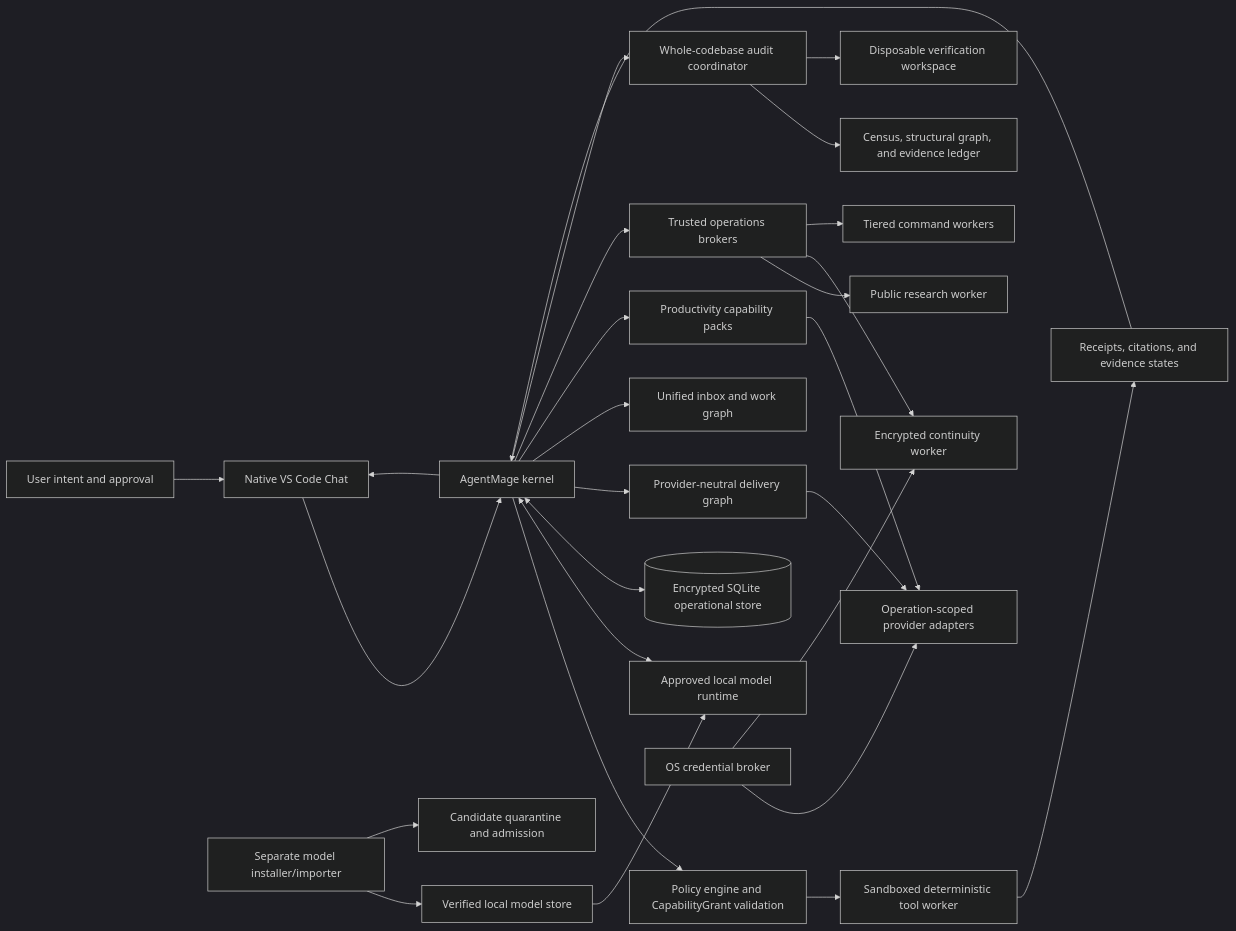
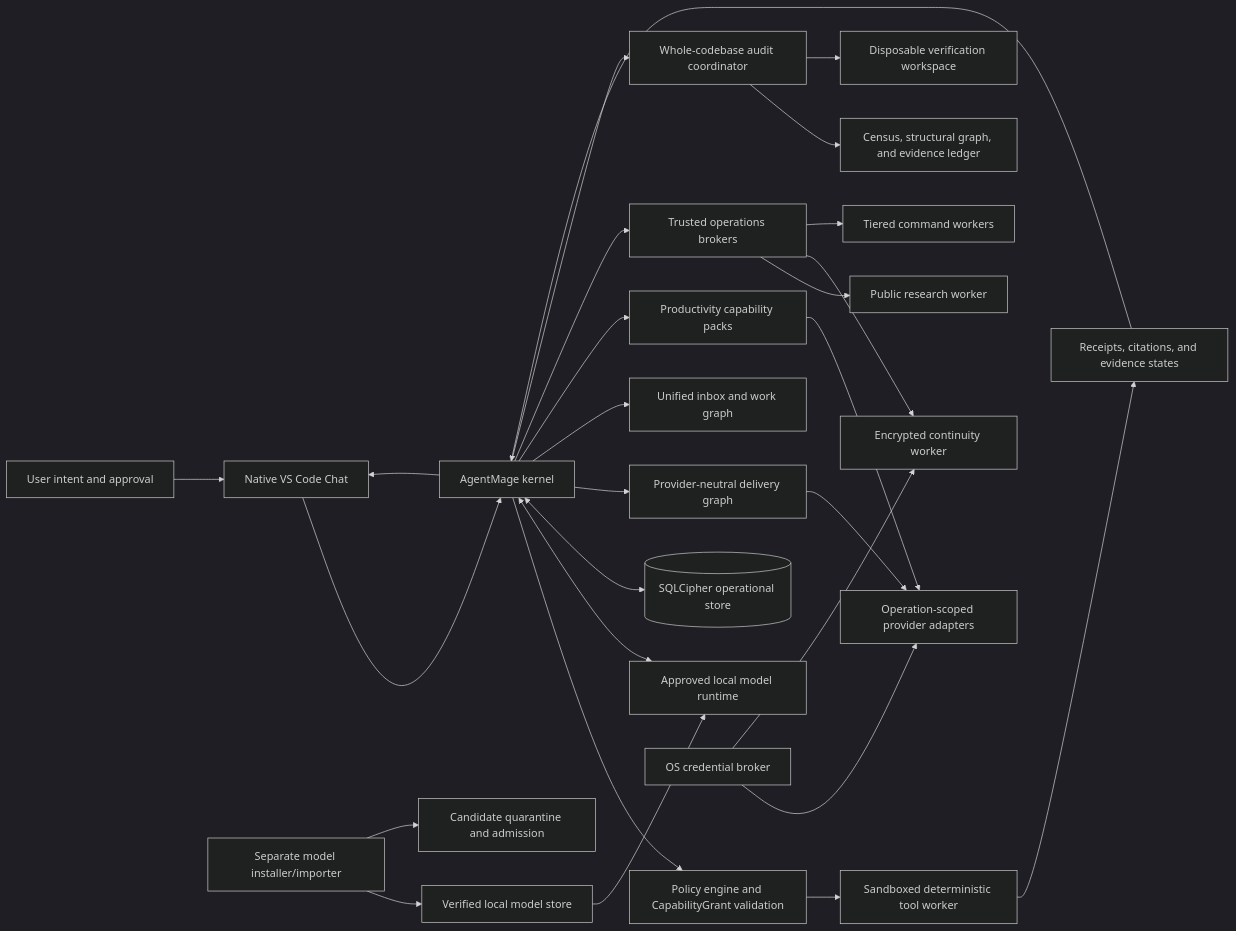
One commit to AaronNHorvitz/AgentMage changed the first of 3 diagrams in README.md. Above: the diagram before and after it, drawn with Mermaid (dark theme). The commit also changed other lines of this file and 34 other files, not shown here.

````diff
--- a/README.md
+++ b/README.md
@@ -111,29 +114,29 @@
 ```mermaid
 flowchart LR
     U["User intent and approval"] --> V["Native VS Code Chat"]
     V --> K["AgentMage kernel"]
     K --> P["Policy engine and CapabilityGrant validation"]
     K <--> M["Approved local model runtime"]
     P --> T["Sandboxed deterministic tool worker"]
     T --> E["Receipts, citations, and evidence states"]
     E --> K
-    K <--> S[("Encrypted SQLite operational store")]
+    K <--> S[("SQLCipher operational store")]
     K --> V
     I["Separate model installer/importer"] --> A["Verified local model store"]
     A --> M
     K --> D["Provider-neutral delivery graph"]
     D --> C["Operation-scoped provider adapters"]
     K --> W["Unified inbox and work graph"]
     K --> X["Productivity capability packs"]
     X --> C
     K --> O["Trusted operations brokers"]
     O --> R["Public research worker"]
     O --> B["Encrypted continuity worker"]
     O --> H["Tiered command workers"]
     K --> Z["Whole-codebase audit coordinator"]
     Z --> Y["Census, structural graph, and evidence ledger"]
     Z --> J["Disposable verification workspace"]
     G["OS credential broker"] --> C
     G --> B
     I --> Q["Candidate quarantine and admission"]
 ```
````
